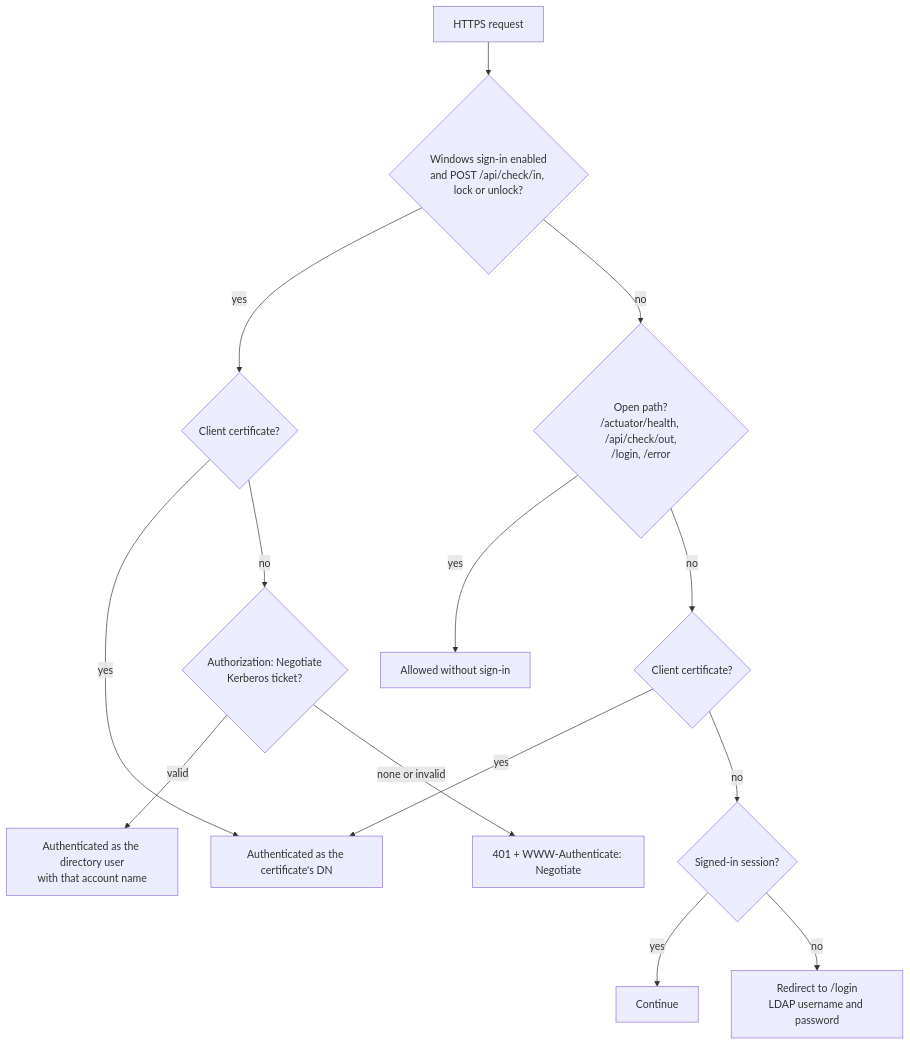
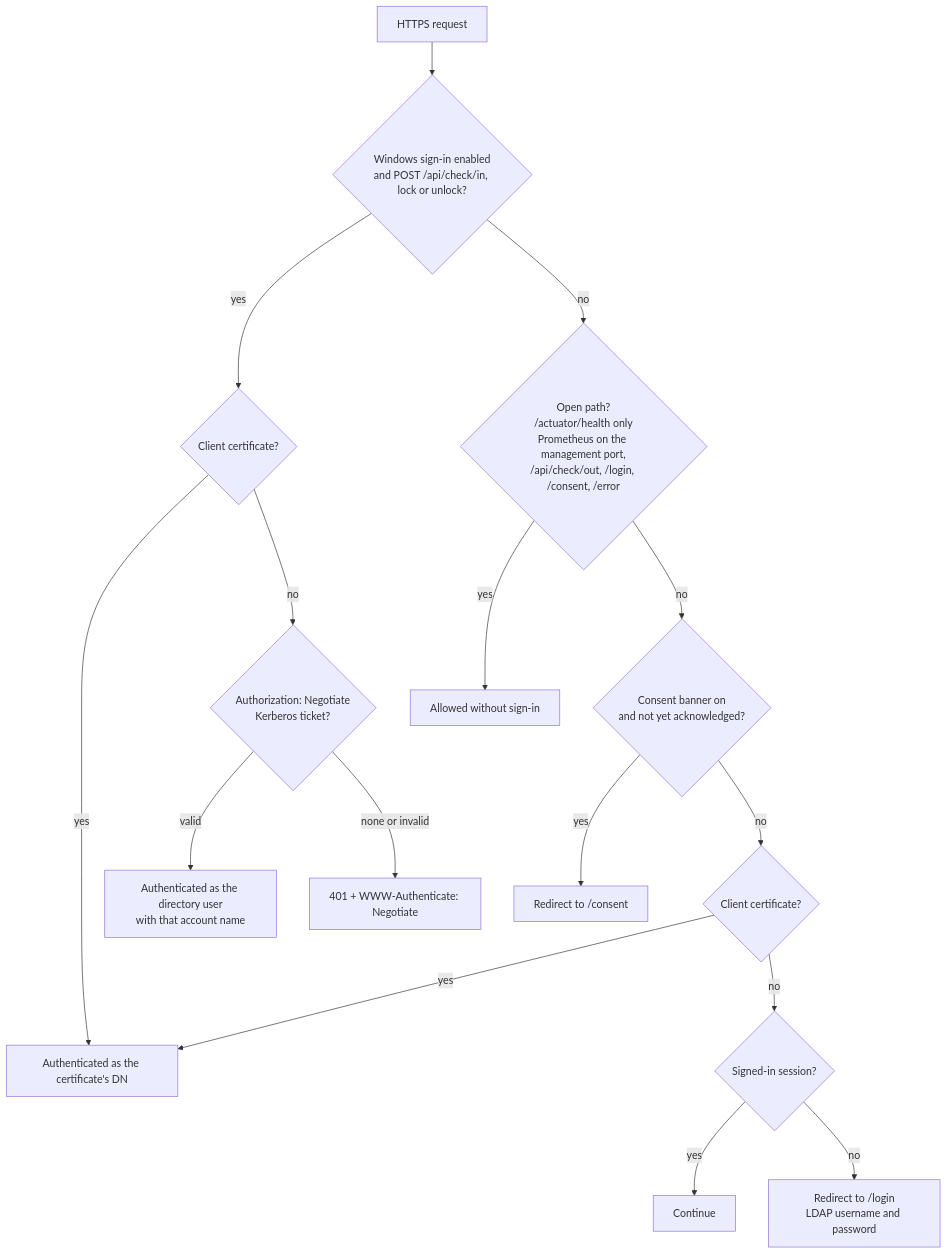
The diagram in docs/readyroom/security.md (winllc/ens-apps-documentation), drawn with Mermaid before and after one commit. The commit also changed other lines of this file and 9 other files, not shown here.

````diff
--- a/docs/readyroom/security.md
+++ b/docs/readyroom/security.md
@@ -12,16 +12,18 @@
 ```mermaid
 flowchart TD
     R[HTTPS request] --> W{Windows sign-in enabled<br/>and POST /api/check/in, lock or unlock?}
     W -- yes --> X1{Client certificate?}
     X1 -- yes --> OK[Authenticated as the certificate's DN]
     X1 -- no --> K{Authorization: Negotiate<br/>Kerberos ticket?}
     K -- valid --> OK2[Authenticated as the directory user<br/>with that account name]
     K -- none or invalid --> N401[401 + WWW-Authenticate: Negotiate]
-    W -- no --> P{Open path?<br/>/actuator/health, /api/check/out,<br/>/login, /error}
+    W -- no --> P{Open path?<br/>/actuator/health only<br/>Prometheus on the management port,<br/>/api/check/out, /login, /consent, /error}
     P -- yes --> PASS[Allowed without sign-in]
-    P -- no --> X2{Client certificate?}
+    P -- no --> C{Consent banner on<br/>and not yet acknowledged?}
+    C -- yes --> CB[Redirect to /consent]
+    C -- no --> X2{Client certificate?}
     X2 -- yes --> OK
     X2 -- no --> S{Signed-in session?}
     S -- yes --> OK3[Continue]
     S -- no --> L[Redirect to /login<br/>LDAP username and password]
 ```
````
